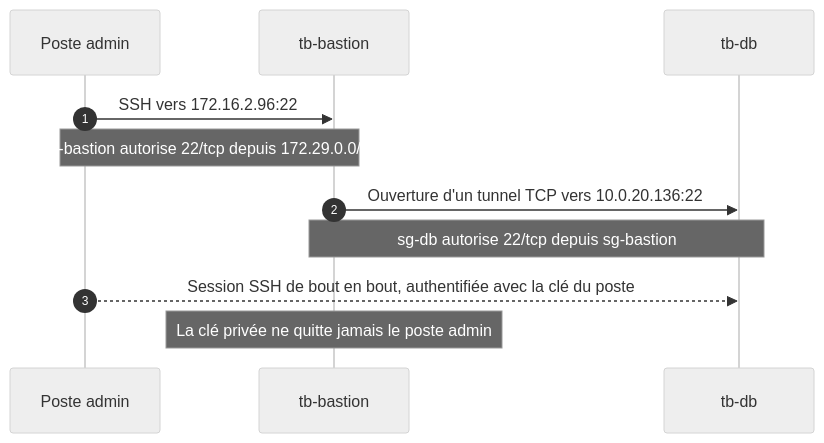
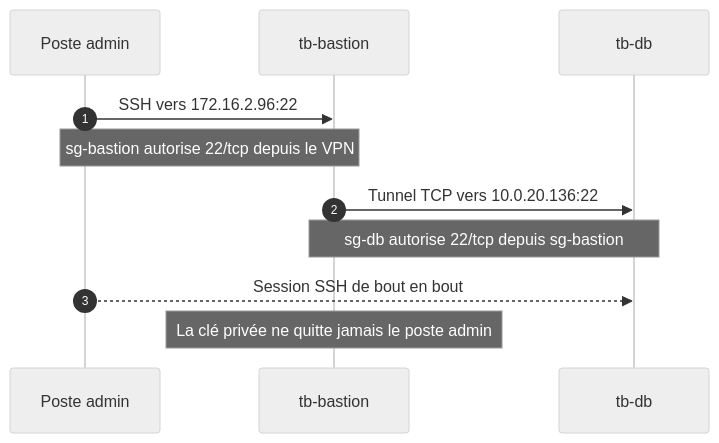
The third of 5 diagrams in README.md (hedjouj/Cloud-OpenStack), drawn with Mermaid (neutral theme) before and after one commit. The commit also changed other lines of this file, not shown here.

````diff
--- a/README.md
+++ b/README.md
@@ -187,13 +150,13 @@
 ```mermaid
 sequenceDiagram
     autonumber
     participant PC as Poste admin
     participant B as tb-bastion
     participant D as tb-db
     PC->>B: SSH vers 172.16.2.96:22
-    Note over PC,B: sg-bastion autorise 22/tcp depuis 172.29.0.0/16
-    B->>D: Ouverture d'un tunnel TCP vers 10.0.20.136:22
+    Note over PC,B: sg-bastion autorise 22/tcp depuis le VPN
+    B->>D: Tunnel TCP vers 10.0.20.136:22
     Note over B,D: sg-db autorise 22/tcp depuis sg-bastion
-    PC-->>D: Session SSH de bout en bout, authentifiée avec la clé du poste
+    PC-->>D: Session SSH de bout en bout
     Note over B: La clé privée ne quitte jamais le poste admin
 ```
````
